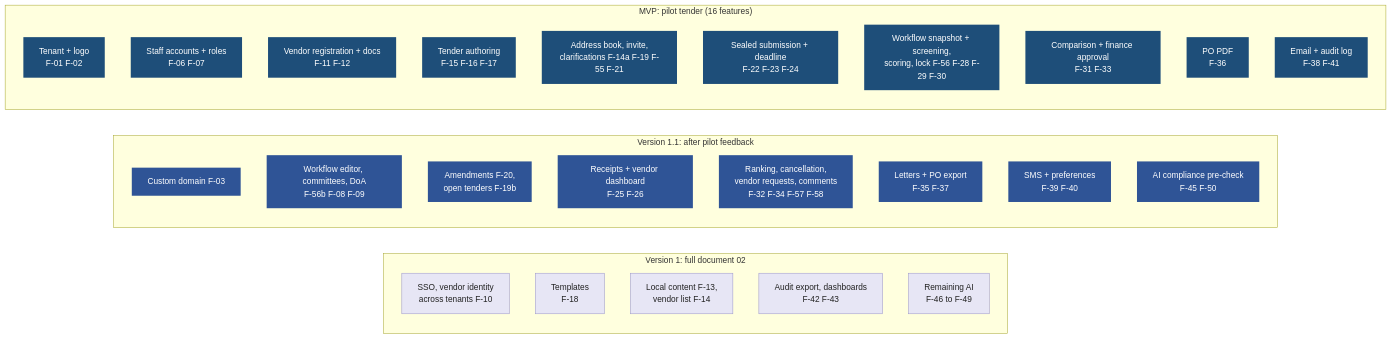
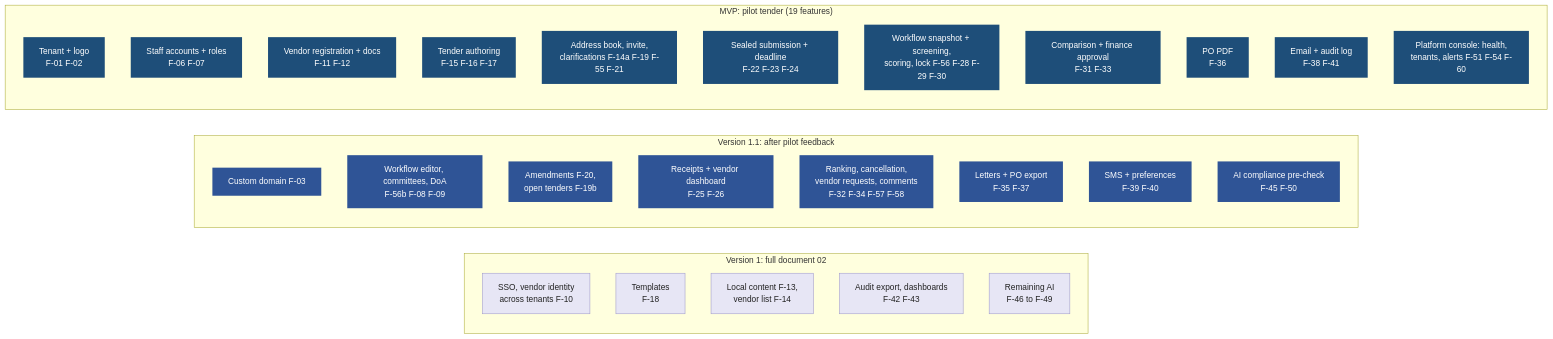
One commit to AhmedAssaf/ERP changed the first of 2 diagrams in docs/05-mvp-scope.md. Above: the diagram before and after it, drawn with Mermaid. The commit also changed other lines of this file and 3 other files, not shown here.

Commit message:
MVP scope: platform console (F-51 health board, F-54 tenants and jobs, F-60 email alerts) moves into the pilot

````diff
--- a/docs/05-mvp-scope.md
+++ b/docs/05-mvp-scope.md
@@ -17,41 +17,42 @@
 ```mermaid
 flowchart LR
     classDef mvp fill:#1E4E79,color:#fff,stroke:none
     classDef next fill:#2F5496,color:#fff,stroke:none
     classDef v1 fill:#E7E6F5,color:#222,stroke:#9B96C9
 
     subgraph R3["Version 1: full document 02"]
         direction TB
         C1[SSO, vendor identity<br/>across tenants F-10]:::v1
         C2[Templates<br/>F-18]:::v1
         C3[Local content F-13,<br/>vendor list F-14]:::v1
         C4[Audit export, dashboards<br/>F-42 F-43]:::v1
         C5[Remaining AI<br/>F-46 to F-49]:::v1
     end
 
     subgraph R2["Version 1.1: after pilot feedback"]
         direction TB
         B1[Custom domain F-03]:::next
         B2[Workflow editor, committees, DoA<br/>F-56b F-08 F-09]:::next
         B3[Amendments F-20,<br/>open tenders F-19b]:::next
         B4[Receipts + vendor dashboard<br/>F-25 F-26]:::next
         B5[Ranking, cancellation,<br/>vendor requests, comments<br/>F-32 F-34 F-57 F-58]:::next
         B6[Letters + PO export<br/>F-35 F-37]:::next
         B7[SMS + preferences<br/>F-39 F-40]:::next
         B8[AI compliance pre-check<br/>F-45 F-50]:::next
     end
 
-    subgraph R1["MVP: pilot tender (16 features)"]
+    subgraph R1["MVP: pilot tender (19 features)"]
         direction TB
         A1[Tenant + logo<br/>F-01 F-02]:::mvp
         A2[Staff accounts + roles<br/>F-06 F-07]:::mvp
         A3[Vendor registration + docs<br/>F-11 F-12]:::mvp
         A4[Tender authoring<br/>F-15 F-16 F-17]:::mvp
         A5[Address book, invite,<br/>clarifications F-14a F-19 F-55 F-21]:::mvp
         A6[Sealed submission + deadline<br/>F-22 F-23 F-24]:::mvp
         A7[Workflow snapshot + screening,<br/>scoring, lock F-56 F-28 F-29 F-30]:::mvp
         A8[Comparison + finance approval<br/>F-31 F-33]:::mvp
         A9[PO PDF<br/>F-36]:::mvp
         A10[Email + audit log<br/>F-38 F-41]:::mvp
+        A11[Platform console: health,<br/>tenants, alerts F-51 F-54 F-60]:::mvp
     end
 ```
````
